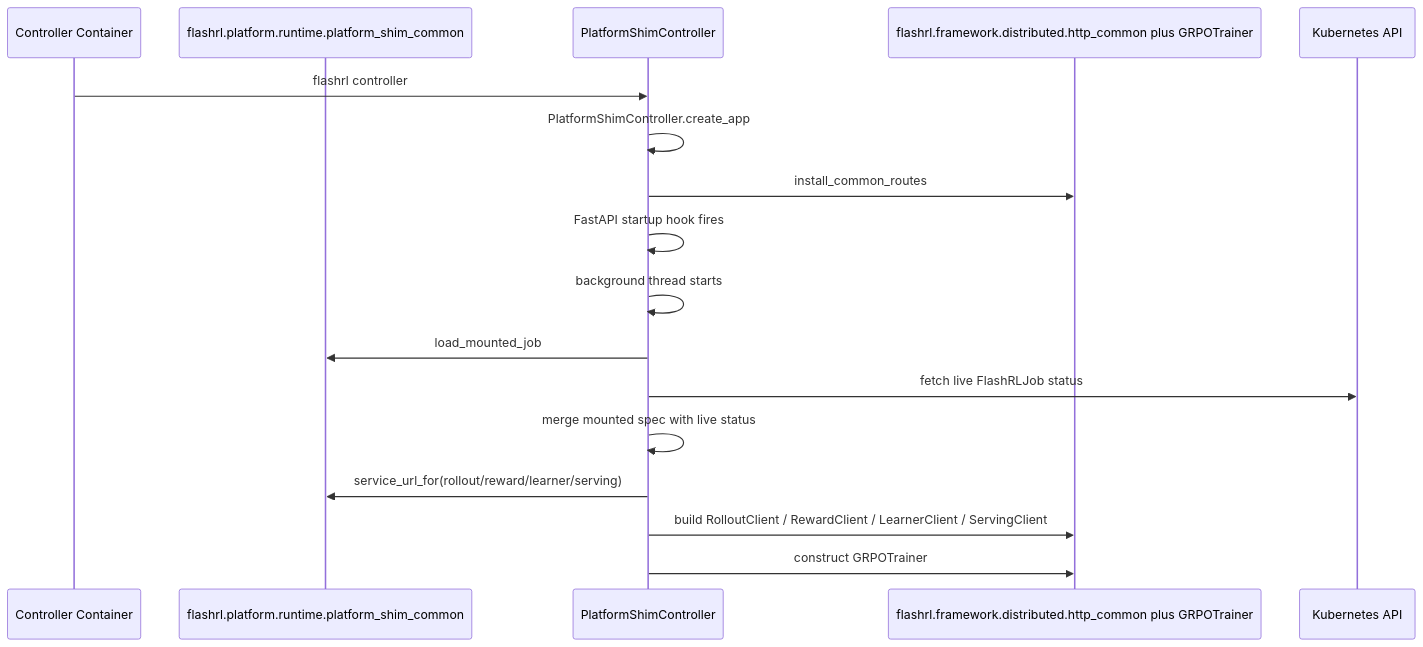
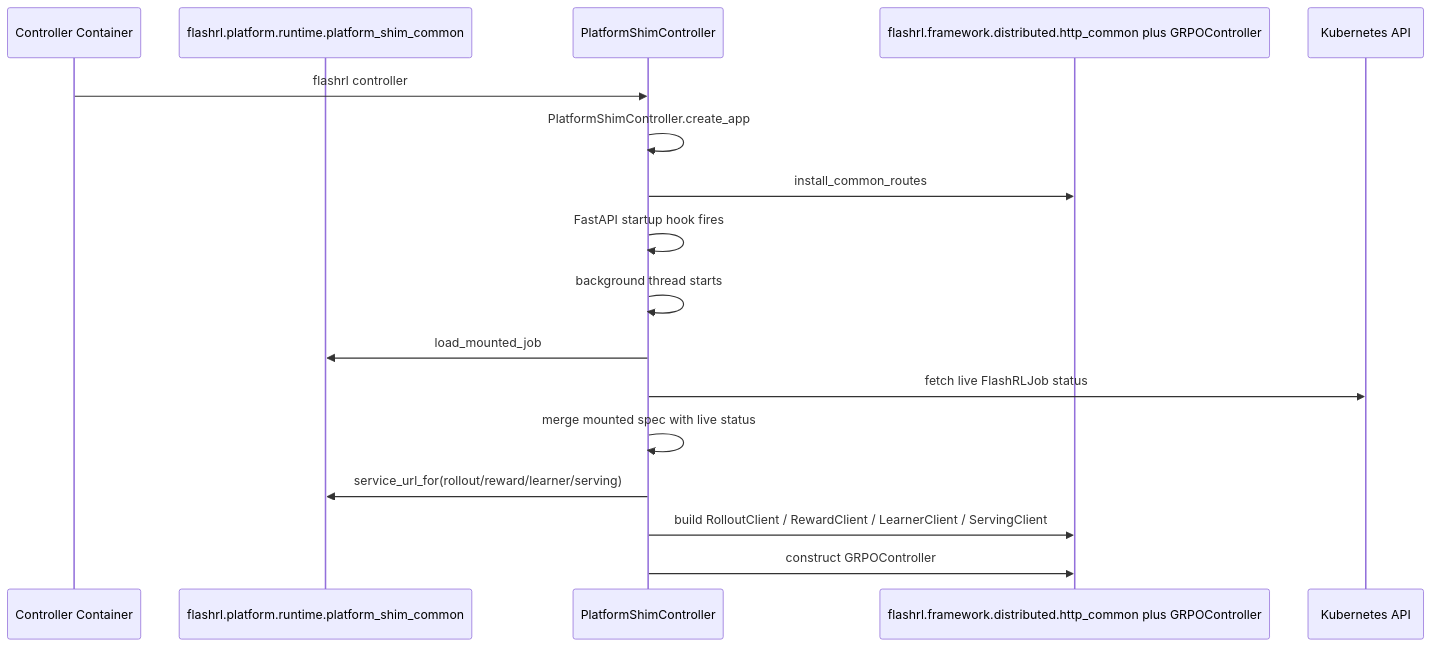
One commit to lastweek/FlashRL changed the fourth of 13 diagrams in docs/platform-architecture.md. Above: the diagram before and after it, drawn with Mermaid. The commit also changed other lines of this file and 44 other files, not shown here.

````diff
--- a/docs/platform-architecture.md
+++ b/docs/platform-architecture.md
@@ -224,20 +224,20 @@
 ```mermaid
 sequenceDiagram
     participant Container as Controller Container
     participant PodContract as flashrl.platform.runtime.platform_shim_common
     participant Platform as PlatformShimController
-    participant Framework as flashrl.framework.distributed.http_common plus GRPOTrainer
+    participant Framework as flashrl.framework.distributed.http_common plus GRPOController
     participant API as Kubernetes API
 
     Container->>Platform: flashrl controller
     Platform->>Platform: PlatformShimController.create_app
     Platform->>Framework: install_common_routes
     Platform->>Platform: FastAPI startup hook fires
     Platform->>Platform: background thread starts
     Platform->>PodContract: load_mounted_job
     Platform->>API: fetch live FlashRLJob status
     Platform->>Platform: merge mounted spec with live status
     Platform->>PodContract: service_url_for(rollout/reward/learner/serving)
     Platform->>Framework: build RolloutClient / RewardClient / LearnerClient / ServingClient
-    Platform->>Framework: construct GRPOTrainer
+    Platform->>Framework: construct GRPOController
 ```
````
